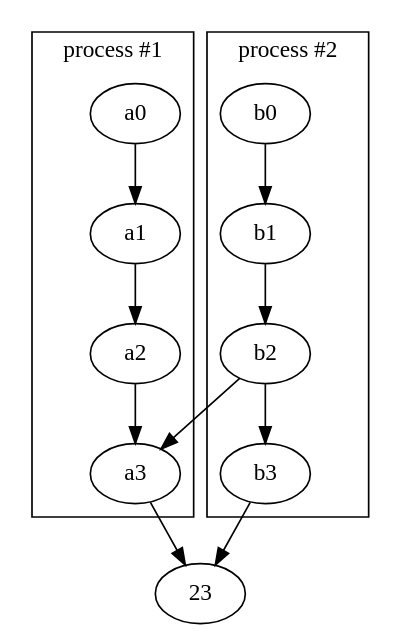
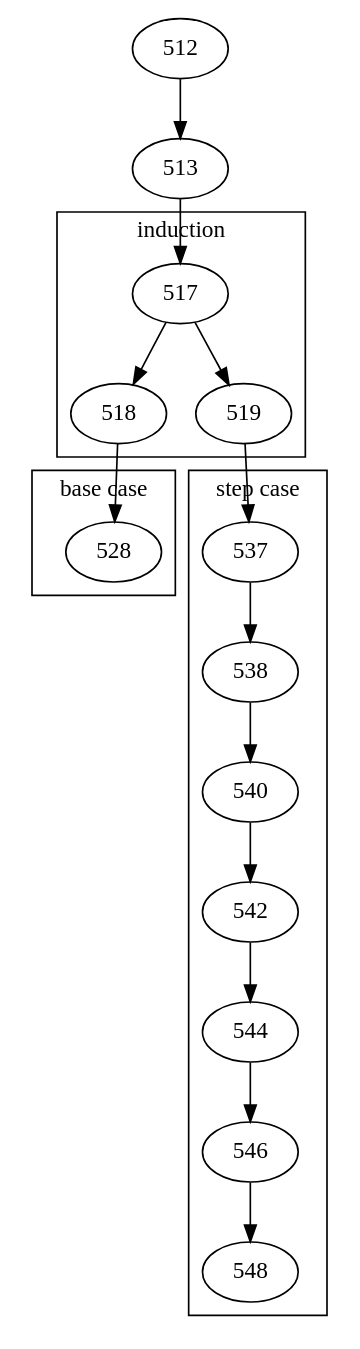
One commit to npe9/proof-general-old changed the diagram in hol-light/TacticRecording/ex.dot. Above: the diagram before and after it, drawn with Graphviz. The commit also changed 17 other files, not shown here.

```diff
--- a/hol-light/TacticRecording/ex.dot
+++ b/hol-light/TacticRecording/ex.dot
@@ -1,13 +1,24 @@
 digraph G {
-  subgraph cluster0 {
-    label = "process #1"
-    a0->a1->a2->a3
+  subgraph cluster1 {
+    label = "induction";
+    517 -> 518;
+    517 -> 519;
   }
-  subgraph cluster1 {
-    label = "process #2"
-    b0->b1->b2->b3
+  subgraph cluster2 {
+    label = "base case";
+    528;
   }
-  b3->23
-  b2->a3
-  a3->23
+  subgraph cluster3 {
+    label = "step case";
+    537 -> 538;
+    538 -> 540;
+    540 -> 542;
+    542 -> 544;
+    544 -> 546;
+    546 -> 548;
+  }
+  512 -> 513;
+  513 -> 517;
+  518 -> 528;
+  519 -> 537;
 }
```
